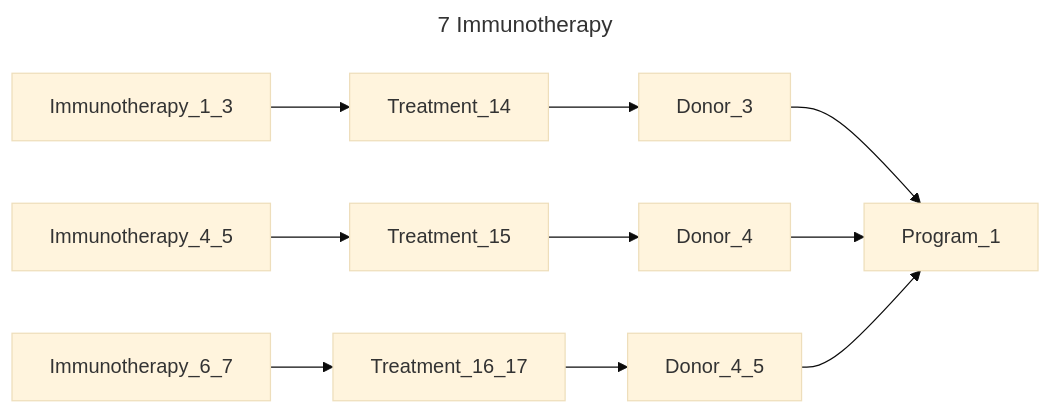
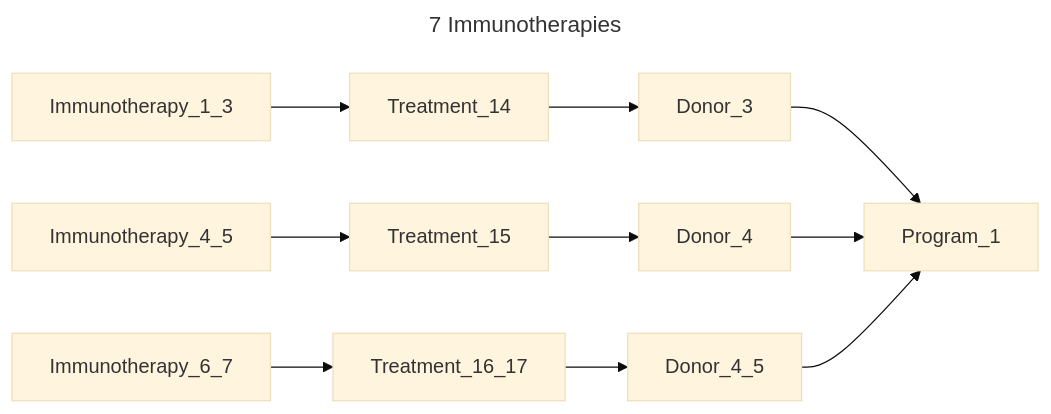
Before and after one commit to bento-platform/katsu: the ninth of 13 diagrams in chord_metadata_service/mohpackets/data/small_dataset/README.md, drawn with Mermaid (base theme). The commit also changed other lines of this file, not shown here.

````diff
--- a/chord_metadata_service/mohpackets/data/small_dataset/README.md
+++ b/chord_metadata_service/mohpackets/data/small_dataset/README.md
@@ -213,9 +124,9 @@
 ```mermaid
 ---
-title: 7 Immunotherapy
+title: 7 Immunotherapies
 ---
 graph LR;  
   Immunotherapy_1_3 --> Treatment_14 --> Donor_3 --> Program_1;  
   Immunotherapy_4_5 --> Treatment_15 --> Donor_4 --> Program_1;  
   Immunotherapy_6_7 --> Treatment_16_17 --> Donor_4_5 --> Program_1;
 ```
````
